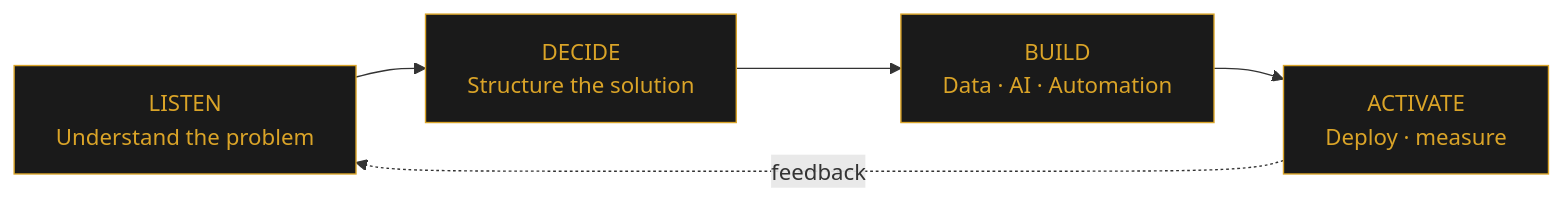
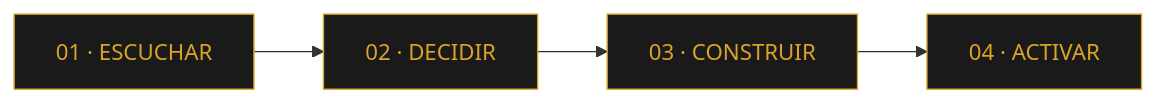
The diagram in README.md (GracianB/GracianB), drawn with Mermaid before and after one commit. The commit also changed other lines of this file, not shown here.

Commit message:
Revise README content and structure

````diff
--- a/README.md
+++ b/README.md
@@ -226,12 +63,11 @@
 ```mermaid
 flowchart LR
-    A["LISTEN<br/>Understand the problem"] --> B["DECIDE<br/>Structure the solution"]
-    B --> C["BUILD<br/>Data · AI · Automation"]
-    C --> D["ACTIVATE<br/>Deploy · measure"]
-    D -. feedback .-> A
+    A["01 · ESCUCHAR"] --> B["02 · DECIDIR"]
+    B --> C["03 · CONSTRUIR"]
+    C --> D["04 · ACTIVAR"]
 
     style A fill:#1a1a1a,stroke:#DAA428,color:#DAA428
     style B fill:#1a1a1a,stroke:#DAA428,color:#DAA428
     style C fill:#1a1a1a,stroke:#DAA428,color:#DAA428
     style D fill:#1a1a1a,stroke:#DAA428,color:#DAA428
 ```
````
